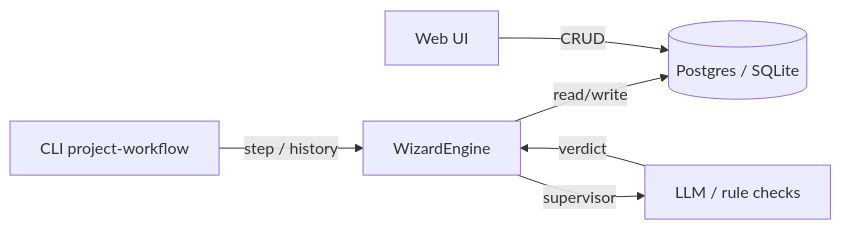
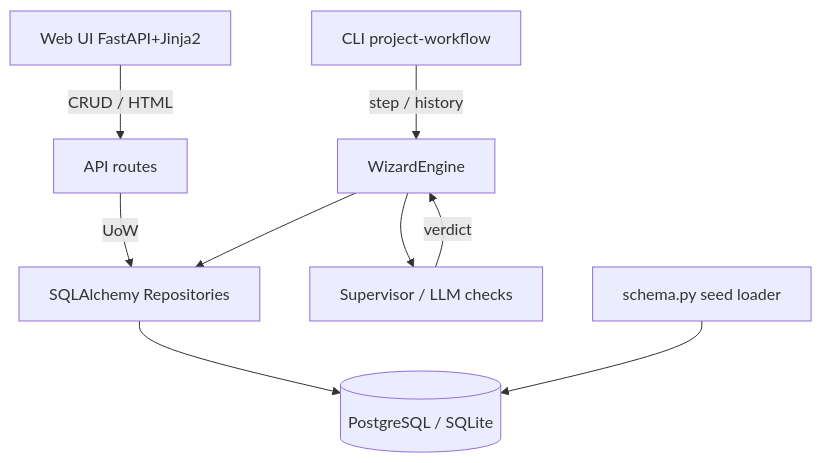
The diagram in README.md (FerrPOINT/project-workflow), drawn with Mermaid before and after one commit. The commit also changed other lines of this file and 7 other files, not shown here.

Commit message:
docs: update README per beautiful-readme-creator; refresh roadmap; ignore SQLite WAL; SQLAlchemy WorkflowDB done

````diff
--- a/README.md
+++ b/README.md
@@ -97,8 +118,11 @@
 ```mermaid
-flowchart LR
-    A[CLI project-workflow] -- step / history --> B[WizardEngine]
-    B -- read/write --> C[(Postgres / SQLite)]
-    D[Web UI] -- CRUD --> C
-    B -- supervisor --> E[LLM / rule checks]
-    E -- verdict --> B
+flowchart TD
+    CLI[CLI project-workflow] -->|step / history| WE[WizardEngine]
+    UI[Web UI FastAPI+Jinja2] -->|CRUD / HTML| API[API routes]
+    API -->|UoW| Repo[SQLAlchemy Repositories]
+    WE --> Repo
+    Repo --> DB[(PostgreSQL / SQLite)]
+    WE --> SV[Supervisor / LLM checks]
+    SV -->|verdict| WE
+    Seed[schema.py seed loader] --> DB
 ```
````
